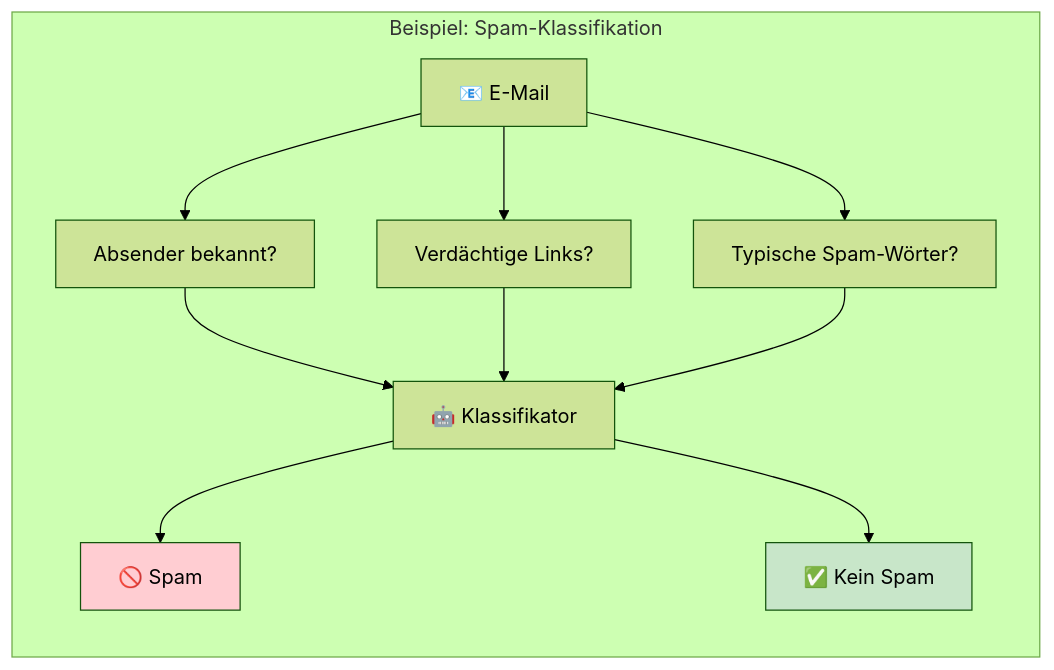
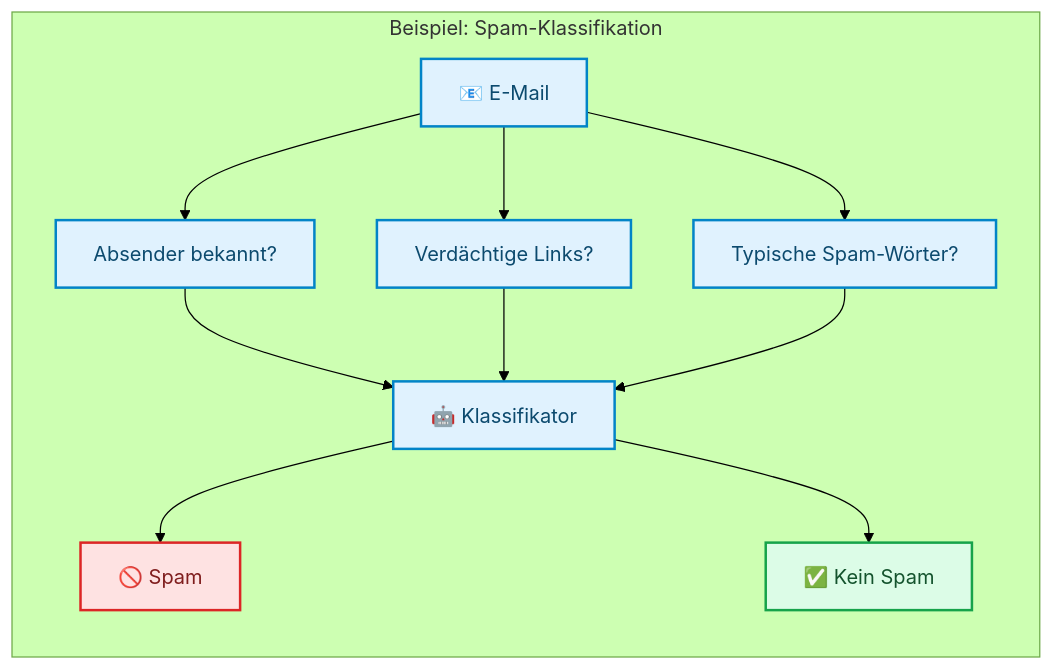
Before and after one commit to ralf-42/ML_Intro: the seventh of 14 diagrams in docs/concepts/grundlagen/machine_learning_grundlagen.md, drawn with Mermaid (forest theme). The commit also changed other lines of this file and 67 other files, not shown here.

````diff
--- a/docs/concepts/grundlagen/machine_learning_grundlagen.md
+++ b/docs/concepts/grundlagen/machine_learning_grundlagen.md
@@ -273,23 +276,26 @@
 ```mermaid
 flowchart LR
     subgraph beispiel["Beispiel: Spam-Klassifikation"]
         EMAIL["📧 E-Mail"]
         F1["Absender bekannt?"]
         F2["Verdächtige Links?"]
         F3["Typische Spam-Wörter?"]
         MODEL["🤖 Klassifikator"]
         
         EMAIL --> F1
         EMAIL --> F2
         EMAIL --> F3
         F1 --> MODEL
         F2 --> MODEL
         F3 --> MODEL
         
         MODEL --> SPAM["🚫 Spam"]
         MODEL --> OK["✅ Kein Spam"]
     end
-    
-    style SPAM fill:#ffcdd2
-    style OK fill:#c8e6c9
+
+    classDef default fill:#e0f2fe,stroke:#0284c7,stroke-width:2px,color:#0c4a6e;
+    classDef output fill:#dcfce7,stroke:#16a34a,stroke-width:2px,color:#14532d;
+    classDef stop fill:#fee2e2,stroke:#dc2626,stroke-width:2px,color:#7f1d1d;
+    class OK output;
+    class SPAM stop;
 ```
````
